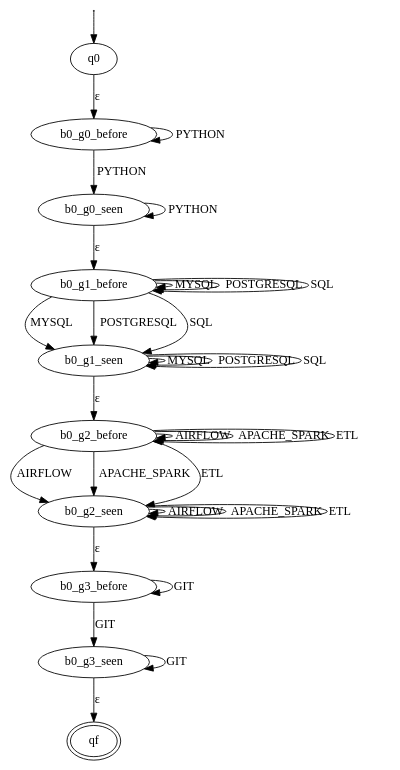
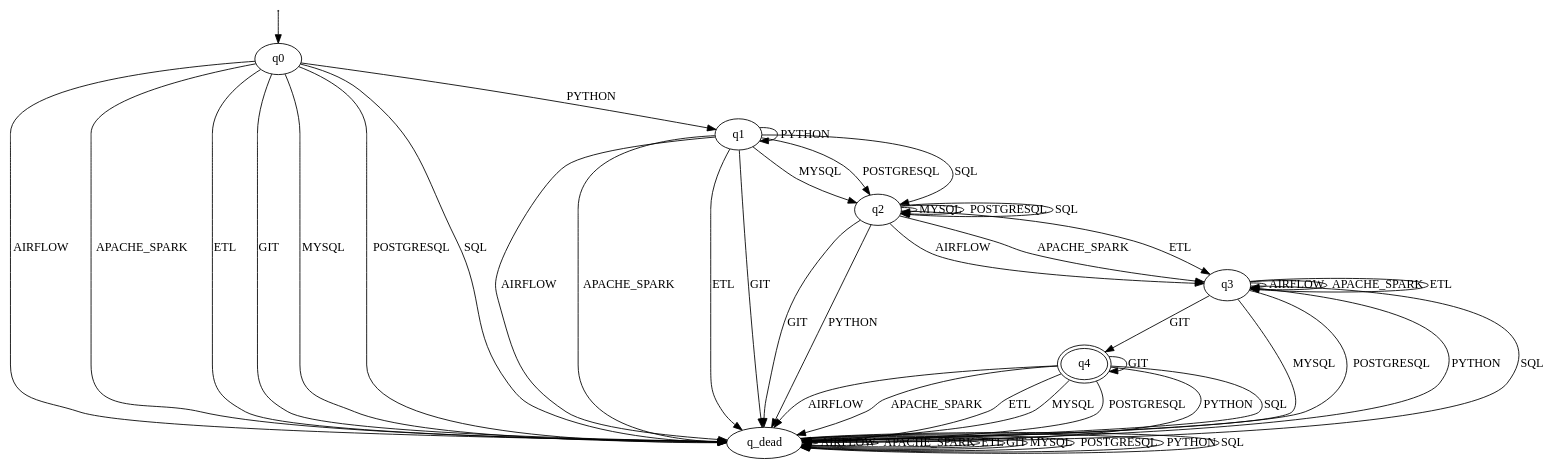
The diagram in docs/automata/DATA_ENGINEER.dot (ValentinaM31/IntegrativeTask1_ResumeLens), drawn with Graphviz before and after one commit. The commit also changed 62 other files, not shown here.

```diff
--- a/docs/automata/DATA_ENGINEER.dot
+++ b/docs/automata/DATA_ENGINEER.dot
@@ -1,43 +1,58 @@
 digraph {
-qf [is_start=False, is_final=True, peripheries=2, label=qf];
-b0_g0_before [is_start=False, is_final=False, peripheries=1, label="b0_g0_before"];
-b0_g3_seen [is_start=False, is_final=False, peripheries=1, label="b0_g3_seen"];
-b0_g1_seen [is_start=False, is_final=False, peripheries=1, label="b0_g1_seen"];
-b0_g2_seen [is_start=False, is_final=False, peripheries=1, label="b0_g2_seen"];
-b0_g2_before [is_start=False, is_final=False, peripheries=1, label="b0_g2_before"];
-b0_g3_before [is_start=False, is_final=False, peripheries=1, label="b0_g3_before"];
-b0_g1_before [is_start=False, is_final=False, peripheries=1, label="b0_g1_before"];
-b0_g0_seen [is_start=False, is_final=False, peripheries=1, label="b0_g0_seen"];
+q4 [is_start=False, is_final=True, peripheries=2, label=q4];
+q_dead [is_start=False, is_final=False, peripheries=1, label="q_dead"];
+q1 [is_start=False, is_final=False, peripheries=1, label=q1];
+q3 [is_start=False, is_final=False, peripheries=1, label=q3];
 q0 [is_start=True, is_final=False, peripheries=1, label=q0];
 starting_q0 [label="", shape=None, height=0.0, width=0.0];
-b0_g0_before -> b0_g0_before [key=0, label=PYTHON];
-b0_g0_before -> b0_g0_seen [key=0, label=PYTHON];
-b0_g3_seen -> b0_g3_seen [key=0, label=GIT];
-b0_g3_seen -> qf [key=0, label=ɛ];
-b0_g1_seen -> b0_g1_seen [key=0, label=MYSQL];
-b0_g1_seen -> b0_g1_seen [key=1, label=POSTGRESQL];
-b0_g1_seen -> b0_g1_seen [key=2, label=SQL];
-b0_g1_seen -> b0_g2_before [key=0, label=ɛ];
-b0_g2_seen -> b0_g2_seen [key=0, label=AIRFLOW];
-b0_g2_seen -> b0_g2_seen [key=1, label="APACHE_SPARK"];
-b0_g2_seen -> b0_g2_seen [key=2, label=ETL];
-b0_g2_seen -> b0_g3_before [key=0, label=ɛ];
-b0_g2_before -> b0_g2_seen [key=0, label=AIRFLOW];
-b0_g2_before -> b0_g2_seen [key=1, label="APACHE_SPARK"];
-b0_g2_before -> b0_g2_seen [key=2, label=ETL];
-b0_g2_before -> b0_g2_before [key=0, label=AIRFLOW];
-b0_g2_before -> b0_g2_before [key=1, label="APACHE_SPARK"];
-b0_g2_before -> b0_g2_before [key=2, label=ETL];
-b0_g3_before -> b0_g3_before [key=0, label=GIT];
-b0_g3_before -> b0_g3_seen [key=0, label=GIT];
-b0_g1_before -> b0_g1_seen [key=0, label=MYSQL];
-b0_g1_before -> b0_g1_seen [key=1, label=POSTGRESQL];
-b0_g1_before -> b0_g1_seen [key=2, label=SQL];
-b0_g1_before -> b0_g1_before [key=0, label=MYSQL];
-b0_g1_before -> b0_g1_before [key=1, label=POSTGRESQL];
-b0_g1_before -> b0_g1_before [key=2, label=SQL];
-b0_g0_seen -> b0_g0_seen [key=0, label=PYTHON];
-b0_g0_seen -> b0_g1_before [key=0, label=ɛ];
-q0 -> b0_g0_before [key=0, label=ɛ];
+q2 [is_start=False, is_final=False, peripheries=1, label=q2];
+q4 -> q_dead [key=0, label=AIRFLOW];
+q4 -> q_dead [key=1, label="APACHE_SPARK"];
+q4 -> q_dead [key=2, label=ETL];
+q4 -> q_dead [key=3, label=MYSQL];
+q4 -> q_dead [key=4, label=POSTGRESQL];
+q4 -> q_dead [key=5, label=PYTHON];
+q4 -> q_dead [key=6, label=SQL];
+q4 -> q4 [key=0, label=GIT];
+q_dead -> q_dead [key=0, label=AIRFLOW];
+q_dead -> q_dead [key=1, label="APACHE_SPARK"];
+q_dead -> q_dead [key=2, label=ETL];
+q_dead -> q_dead [key=3, label=GIT];
+q_dead -> q_dead [key=4, label=MYSQL];
+q_dead -> q_dead [key=5, label=POSTGRESQL];
+q_dead -> q_dead [key=6, label=PYTHON];
+q_dead -> q_dead [key=7, label=SQL];
+q1 -> q_dead [key=0, label=AIRFLOW];
+q1 -> q_dead [key=1, label="APACHE_SPARK"];
+q1 -> q_dead [key=2, label=ETL];
+q1 -> q_dead [key=3, label=GIT];
+q1 -> q2 [key=0, label=MYSQL];
+q1 -> q2 [key=1, label=POSTGRESQL];
+q1 -> q2 [key=2, label=SQL];
+q1 -> q1 [key=0, label=PYTHON];
+q3 -> q3 [key=0, label=AIRFLOW];
+q3 -> q3 [key=1, label="APACHE_SPARK"];
+q3 -> q3 [key=2, label=ETL];
+q3 -> q4 [key=0, label=GIT];
+q3 -> q_dead [key=0, label=MYSQL];
+q3 -> q_dead [key=1, label=POSTGRESQL];
+q3 -> q_dead [key=2, label=PYTHON];
+q3 -> q_dead [key=3, label=SQL];
+q0 -> q_dead [key=0, label=AIRFLOW];
+q0 -> q_dead [key=1, label="APACHE_SPARK"];
+q0 -> q_dead [key=2, label=ETL];
+q0 -> q_dead [key=3, label=GIT];
+q0 -> q_dead [key=4, label=MYSQL];
+q0 -> q_dead [key=5, label=POSTGRESQL];
+q0 -> q_dead [key=6, label=SQL];
+q0 -> q1 [key=0, label=PYTHON];
 starting_q0 -> q0 [key=0];
+q2 -> q3 [key=0, label=AIRFLOW];
+q2 -> q3 [key=1, label="APACHE_SPARK"];
+q2 -> q3 [key=2, label=ETL];
+q2 -> q_dead [key=0, label=GIT];
+q2 -> q_dead [key=1, label=PYTHON];
+q2 -> q2 [key=0, label=MYSQL];
+q2 -> q2 [key=1, label=POSTGRESQL];
+q2 -> q2 [key=2, label=SQL];
 }
```
